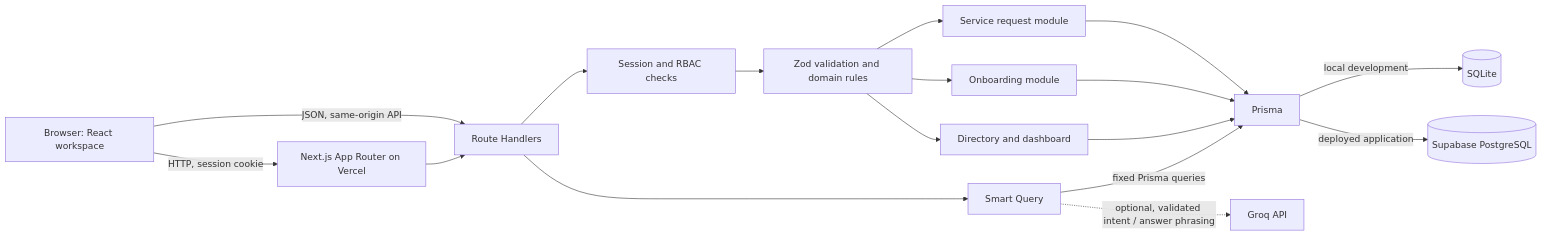
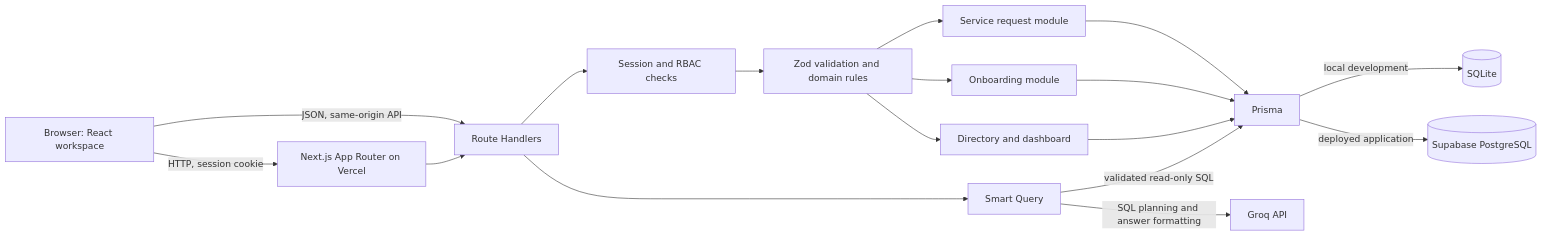
The diagram in ARCHITECTURE.md (Md-Emon-Hasan/hris-systems-developer-assessment), drawn with Mermaid before and after one commit. The commit also changed other lines of this file and 8 other files, not shown here.

````diff
--- a/ARCHITECTURE.md
+++ b/ARCHITECTURE.md
@@ -22,19 +22,19 @@
 ```mermaid
 flowchart LR
   U[Browser: React workspace] -->|HTTP, session cookie| N[Next.js App Router on Vercel]
   U -->|JSON, same-origin API| A[Route Handlers]
   N --> A
   A --> S[Session and RBAC checks]
   S --> V[Zod validation and domain rules]
   V --> R[Service request module]
   V --> O[Onboarding module]
   V --> D[Directory and dashboard]
   R --> P[Prisma]
   O --> P
   D --> P
   P -->|local development| DB[(SQLite)]
   P -->|deployed application| PG[(Supabase PostgreSQL)]
   A --> Q[Smart Query]
-  Q -->|fixed Prisma queries| P
-  Q -. optional, validated intent / answer phrasing .-> G[Groq API]
+  Q -->|validated read-only SQL| P
+  Q -->|SQL planning and answer formatting| G[Groq API]
 ```
````
